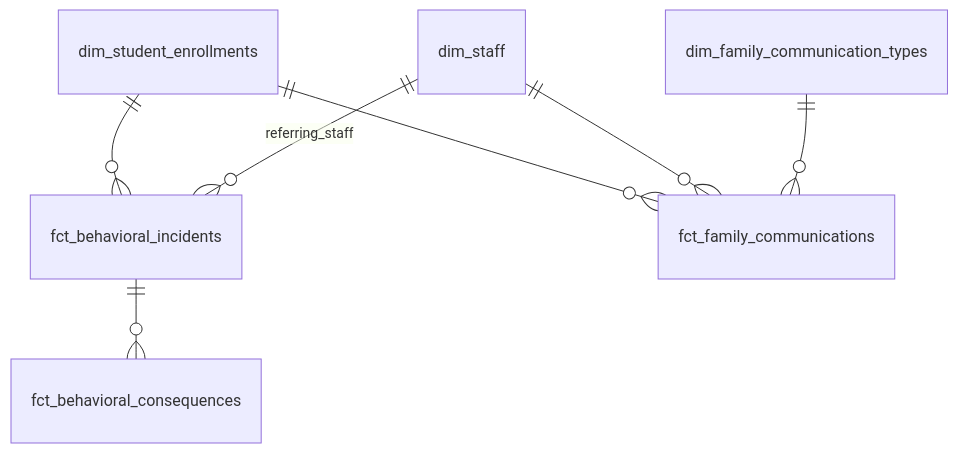
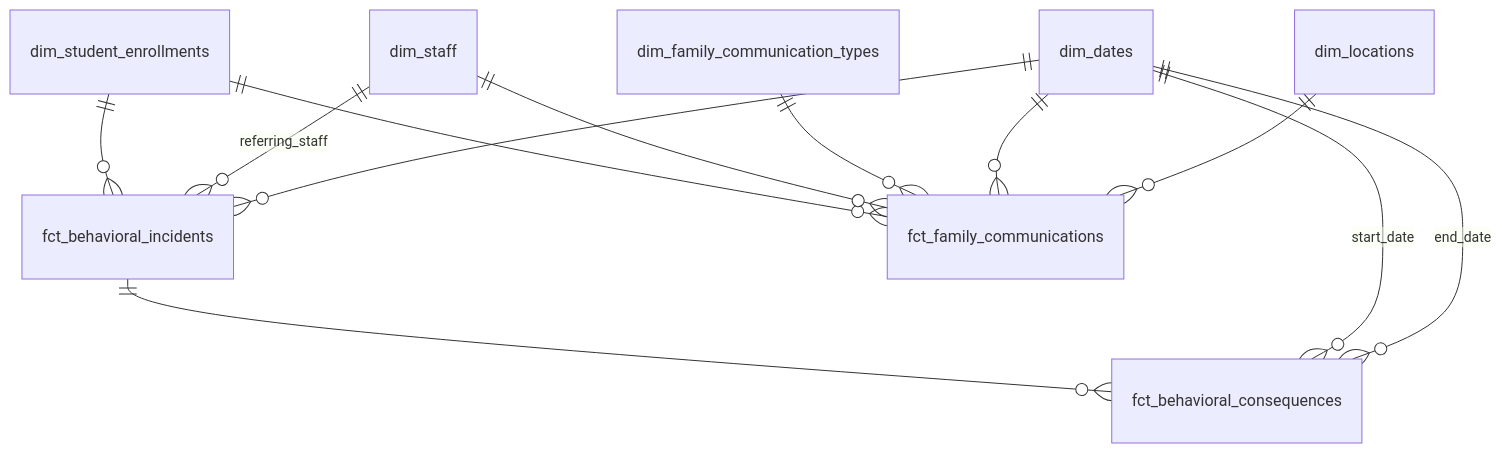
One commit to TEAMSchools/teamster changed the seventh of 10 diagrams in docs/superpowers/specs/2026-03-27-star-schema-data-mart-design.md. Above: the diagram before and after it, drawn with Mermaid. The commit also changed other lines of this file, not shown here.

First line of the commit message:
docs: incorporate star-schema mart spec feedback on A+X traversal

````diff
--- a/docs/superpowers/specs/2026-03-27-star-schema-data-mart-design.md
+++ b/docs/superpowers/specs/2026-03-27-star-schema-data-mart-design.md
@@ -555,9 +663,14 @@
 ```mermaid
 erDiagram
     dim_student_enrollments ||--o{ fct_behavioral_incidents : ""
     dim_staff ||--o{ fct_behavioral_incidents : "referring_staff"
     fct_behavioral_incidents ||--o{ fct_behavioral_consequences : ""
     dim_student_enrollments ||--o{ fct_family_communications : ""
     dim_staff ||--o{ fct_family_communications : ""
     dim_family_communication_types ||--o{ fct_family_communications : ""
+    dim_dates ||--o{ fct_behavioral_incidents : ""
+    dim_dates ||--o{ fct_behavioral_consequences : "start_date"
+    dim_dates ||--o{ fct_behavioral_consequences : "end_date"
+    dim_dates ||--o{ fct_family_communications : ""
+    dim_locations ||--o{ fct_family_communications : ""
 ```
````
